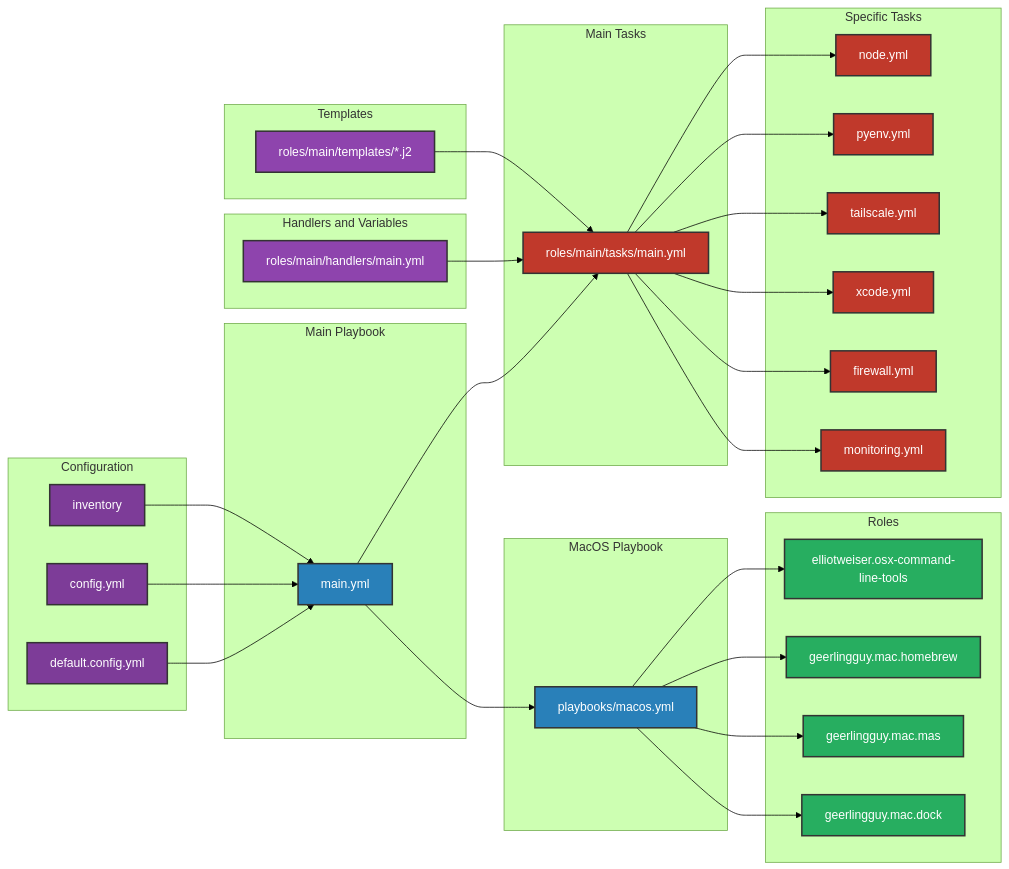
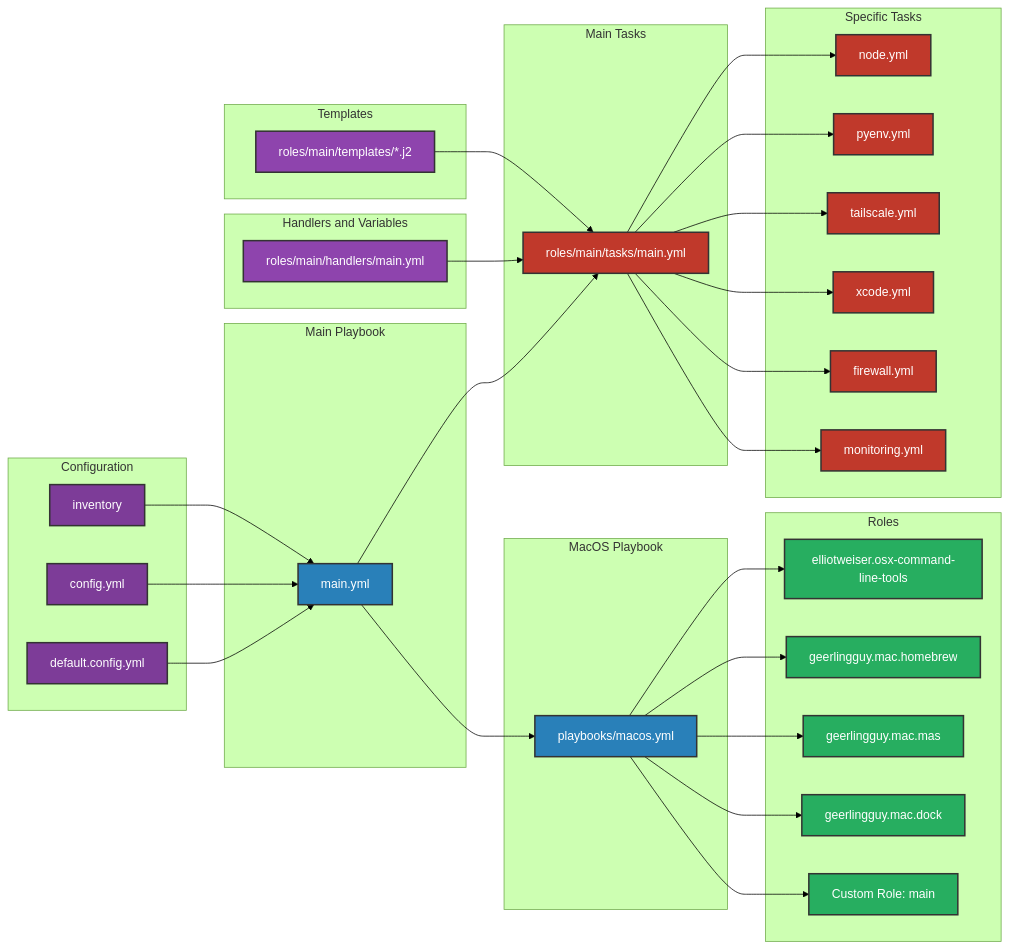
The diagram in docs/WORKFLOW.md (orangeadmtl/oaAnsible), drawn with Mermaid (forest theme) before and after one commit. The commit also changed other lines of this file and 2 other files, not shown here.

````diff
--- a/docs/WORKFLOW.md
+++ b/docs/WORKFLOW.md
@@ -3,72 +3,74 @@
 ```mermaid
 graph LR
     classDef configFile fill:#7D3C98,color:#fff,stroke:#333,stroke-width:2px;
     classDef playbook fill:#2980B9,color:#fff,stroke:#333,stroke-width:2px;
     classDef role fill:#27AE60,color:#fff,stroke:#333,stroke-width:2px;
     classDef task fill:#C0392B,color:#fff,stroke:#333,stroke-width:2px;
     classDef handlers fill:#8E44AD,color:#fff,stroke:#333,stroke-width:2px;
 
     subgraph Configuration
         O[default.config.yml]:::configFile
         P[config.yml]:::configFile
         Q[inventory]:::configFile
     end
 
     subgraph Main Playbook
         A[main.yml]:::playbook
     end
 
     subgraph MacOS Playbook
         B[playbooks/macos.yml]:::playbook
     end
 
     subgraph Roles
         D[elliotweiser.osx-command-line-tools]:::role
         E[geerlingguy.mac.homebrew]:::role
         F[geerlingguy.mac.mas]:::role
         G[geerlingguy.mac.dock]:::role
+        Z[Custom Role: main]:::role
     end
 
     subgraph Main Tasks
         C[roles/main/tasks/main.yml]:::task
     end
 
     subgraph Specific Tasks
         H[node.yml]:::task
         I[pyenv.yml]:::task
         J[tailscale.yml]:::task
         K[xcode.yml]:::task
         L[firewall.yml]:::task
         M[monitoring.yml]:::task
     end
 
     subgraph Handlers and Variables
         R[roles/main/handlers/main.yml]:::handlers
     end
 
     subgraph Templates
         T[roles/main/templates/*.j2]:::handlers
     end
 
     O --> A
     P --> A
     Q --> A
 
     A --> B
     A --> C
 
     B --> D
     B --> E
     B --> F
     B --> G
+    B --> Z
 
     C --> H
     C --> I
     C --> J
     C --> K
     C --> L
     C --> M
 
     R --> C
     T --> C
 ```
````
